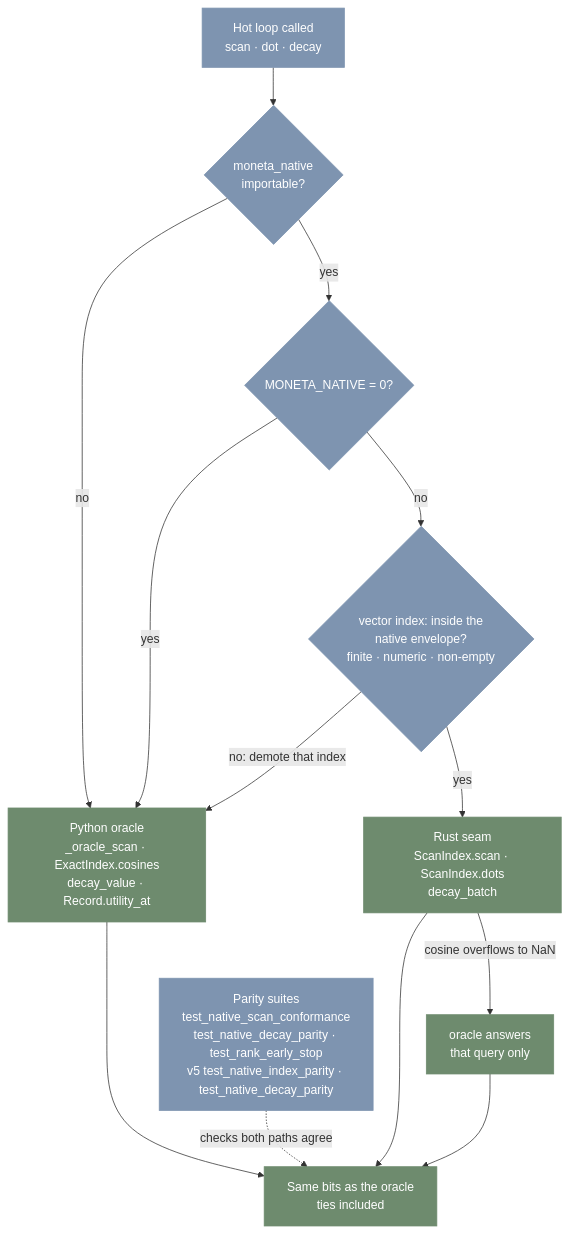
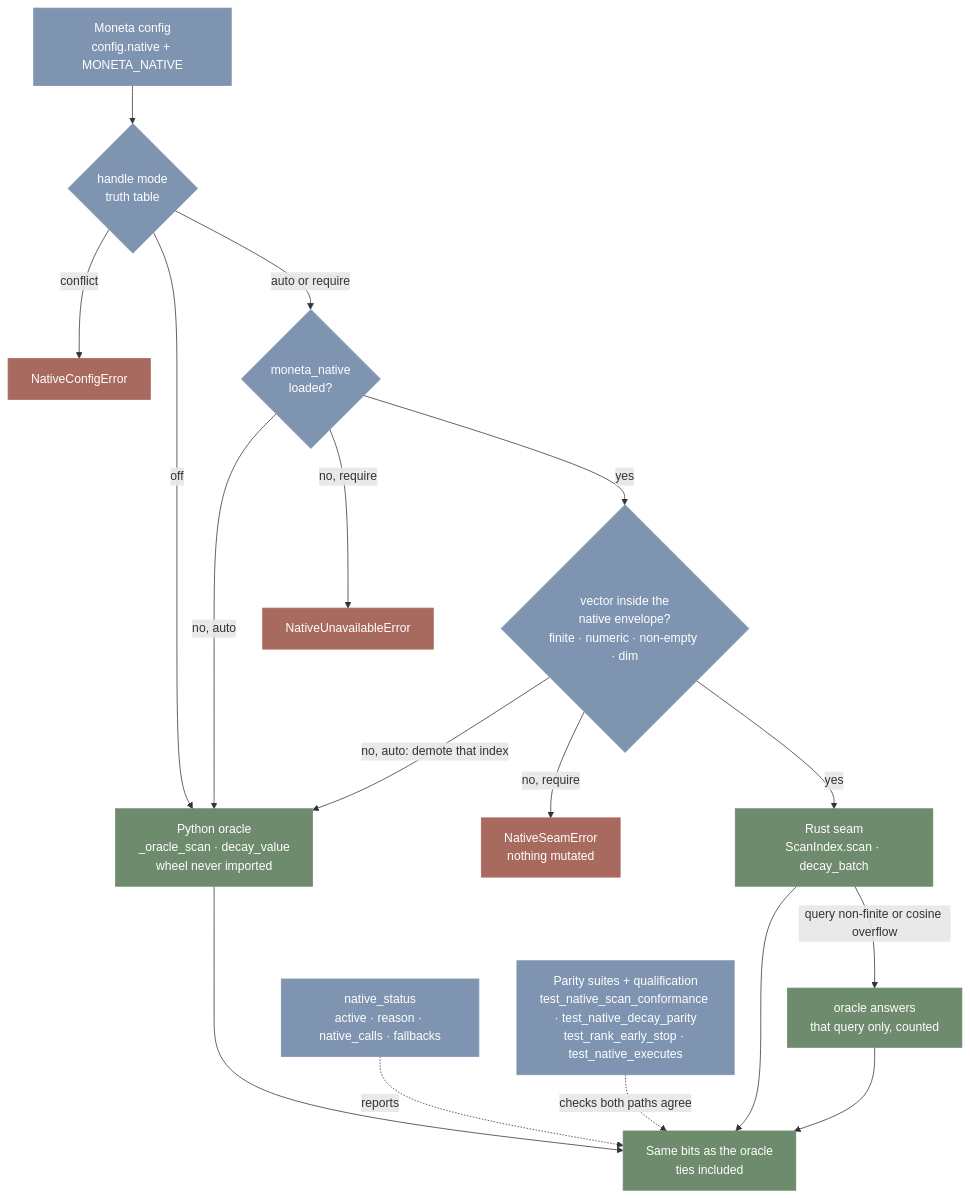
One commit to JosephOIbrahim/Moneta changed the ninth of 10 diagrams in README.md. Above: the diagram before and after it, drawn with Mermaid. The commit also changed other lines of this file and 3 other files, not shown here.

First line of the commit message:
C7: docs for native modes, status, build identity, verdict line, and unresolved defects B and D

````diff
--- a/README.md
+++ b/README.md
@@ -602,21 +692,27 @@
 ```mermaid
 flowchart TD
-    call["Hot loop called<br/>scan · dot · decay"] --> wheel{"moneta_native<br/>importable?"}
-    wheel -->|"no"| oracle["Python oracle<br/>_oracle_scan · ExactIndex.cosines<br/>decay_value · Record.utility_at"]
-    wheel -->|"yes"| flag{"MONETA_NATIVE = 0?"}
-    flag -->|"yes"| oracle
-    flag -->|"no"| envelope{"vector index: inside the<br/>native envelope?<br/>finite · numeric · non-empty"}
-    envelope -->|"no: demote that index"| oracle
-    envelope -->|"yes"| rust["Rust seam<br/>ScanIndex.scan · ScanIndex.dots<br/>decay_batch"]
+    init["Moneta config<br/>config.native + MONETA_NATIVE"] --> mode{"handle mode<br/>truth table"}
+    mode -->|"conflict"| cfgerr["NativeConfigError"]
+    mode -->|"off"| oracle["Python oracle<br/>_oracle_scan · decay_value<br/>wheel never imported"]
+    mode -->|"auto or require"| wheel{"moneta_native<br/>loaded?"}
+    wheel -->|"no, auto"| oracle
+    wheel -->|"no, require"| unavail["NativeUnavailableError"]
+    wheel -->|"yes"| envelope{"vector inside the<br/>native envelope?<br/>finite · numeric · non-empty · dim"}
+    envelope -->|"no, auto: demote that index"| oracle
+    envelope -->|"no, require"| seamerr["NativeSeamError<br/>nothing mutated"]
+    envelope -->|"yes"| rust["Rust seam<br/>ScanIndex.scan · decay_batch"]
     rust --> result["Same bits as the oracle<br/>ties included"]
-    rust -->|"cosine overflows to NaN"| oracle_q["oracle answers<br/>that query only"]
+    rust -->|"query non-finite or cosine overflow"| oracle_q["oracle answers<br/>that query only, counted"]
     oracle_q --> result
     oracle --> result
-    suite["Parity suites<br/>test_native_scan_conformance<br/>test_native_decay_parity · test_rank_early_stop<br/>v5 test_native_index_parity · test_native_decay_parity"] -.->|"checks both paths agree"| result
+    status["native_status<br/>active · reason · native_calls · fallbacks"] -.->|"reports"| result
+    suite["Parity suites + qualification<br/>test_native_scan_conformance · test_native_decay_parity<br/>test_rank_early_stop · test_native_executes"] -.->|"checks both paths agree"| result
 
     classDef green fill:#6E8B6E,color:#fff,stroke:#6E8B6E
     classDef blue fill:#7E94B0,color:#fff,stroke:#7E94B0
+    classDef red fill:#A86A5E,color:#fff,stroke:#A86A5E
 
     class rust,oracle,oracle_q,result green
-    class call,wheel,flag,envelope,suite blue
+    class init,mode,wheel,envelope,suite,status blue
+    class cfgerr,unavail,seamerr red
 ```
````
